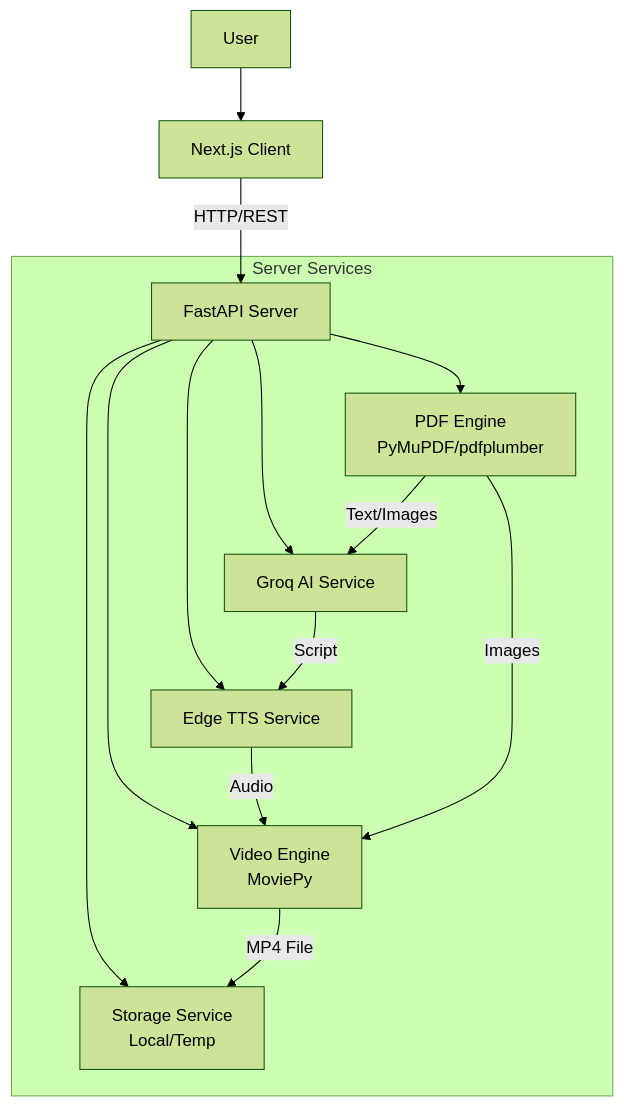
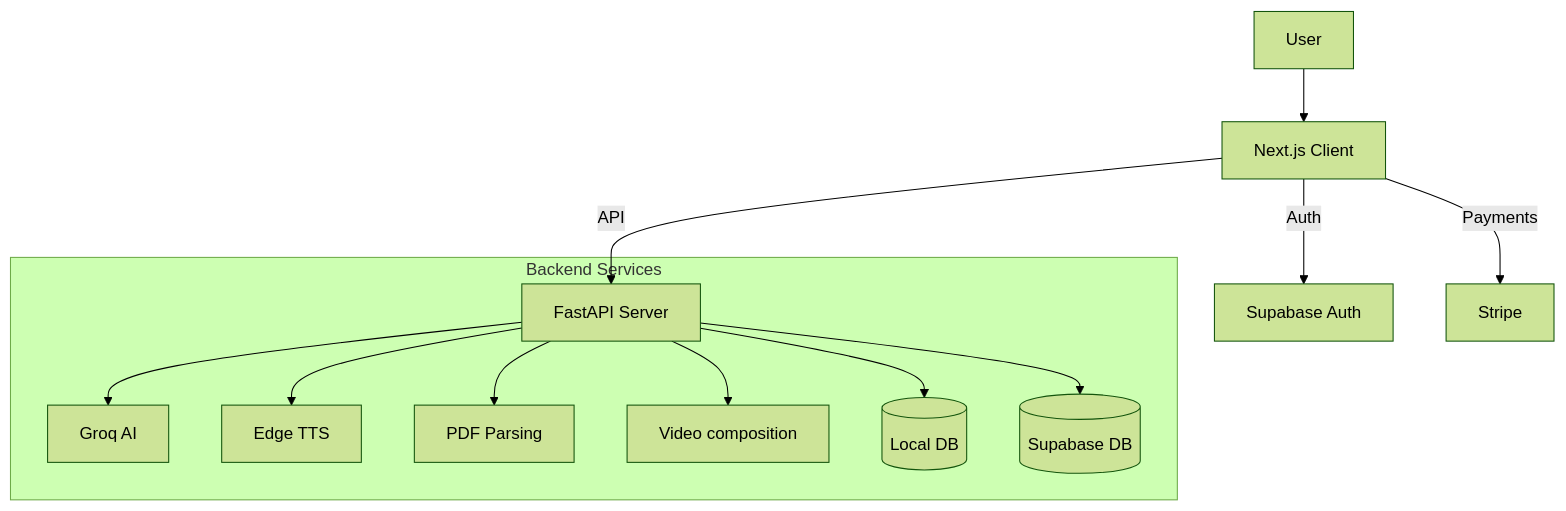
The diagram in README.md (Hameed-Ur-Rehman25/ai-study-companian), drawn with Mermaid (forest theme) before and after one commit. The commit also changed other lines of this file, not shown here.

````diff
--- a/README.md
+++ b/README.md
@@ -20,19 +139,16 @@
 ```mermaid
 graph TD
     User[User] --> Client[Next.js Client]
-    Client -->|HTTP/REST| API[FastAPI Server]
+    Client -->|Auth| Supabase[Supabase Auth]
+    Client -->|Payments| Stripe[Stripe]
+    Client -->|API| Server[FastAPI Server]
     
-    subgraph "Server Services"
-        API --> PDF["PDF Engine<br>PyMuPDF/pdfplumber"]
-        API --> LLM[Groq AI Service]
-        API --> TTS[Edge TTS Service]
-        API --> Video["Video Engine<br>MoviePy"]
-        API --> Storage["Storage Service<br>Local/Temp"]
+    subgraph "Backend Services"
+        Server --> Groq[Groq AI]
+        Server --> TTS[Edge TTS]
+        Server --> PyMuPDF[PDF Parsing]
+        Server --> MoviePy[Video composition]
+        Server --> SQLite[(Local DB)]
+        Server --> Postgres[(Supabase DB)]
     end
-
-    PDF -->|Text/Images| LLM
-    LLM -->|Script| TTS
-    TTS -->|Audio| Video
-    PDF -->|Images| Video
-    Video -->|MP4 File| Storage
 ```
````
